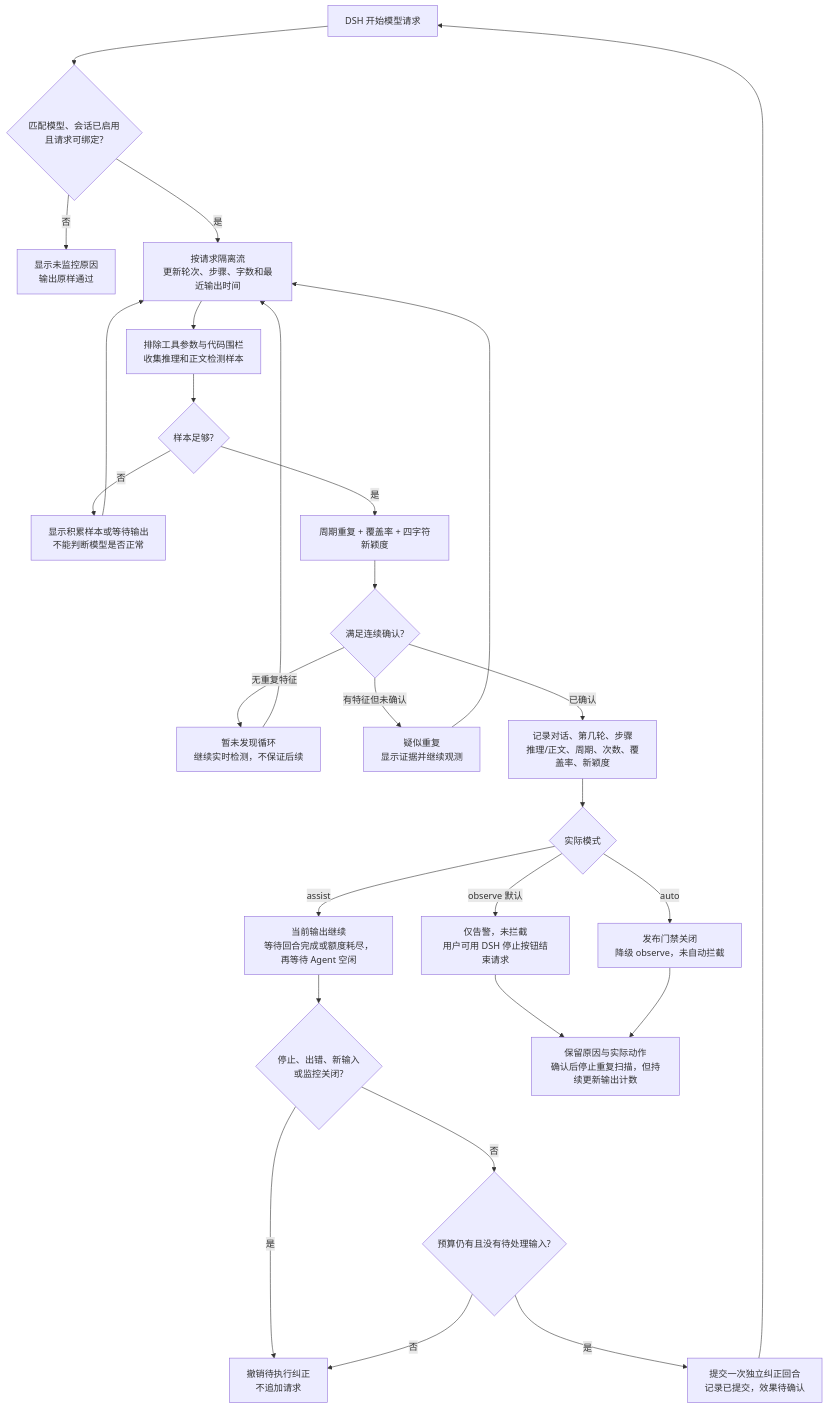
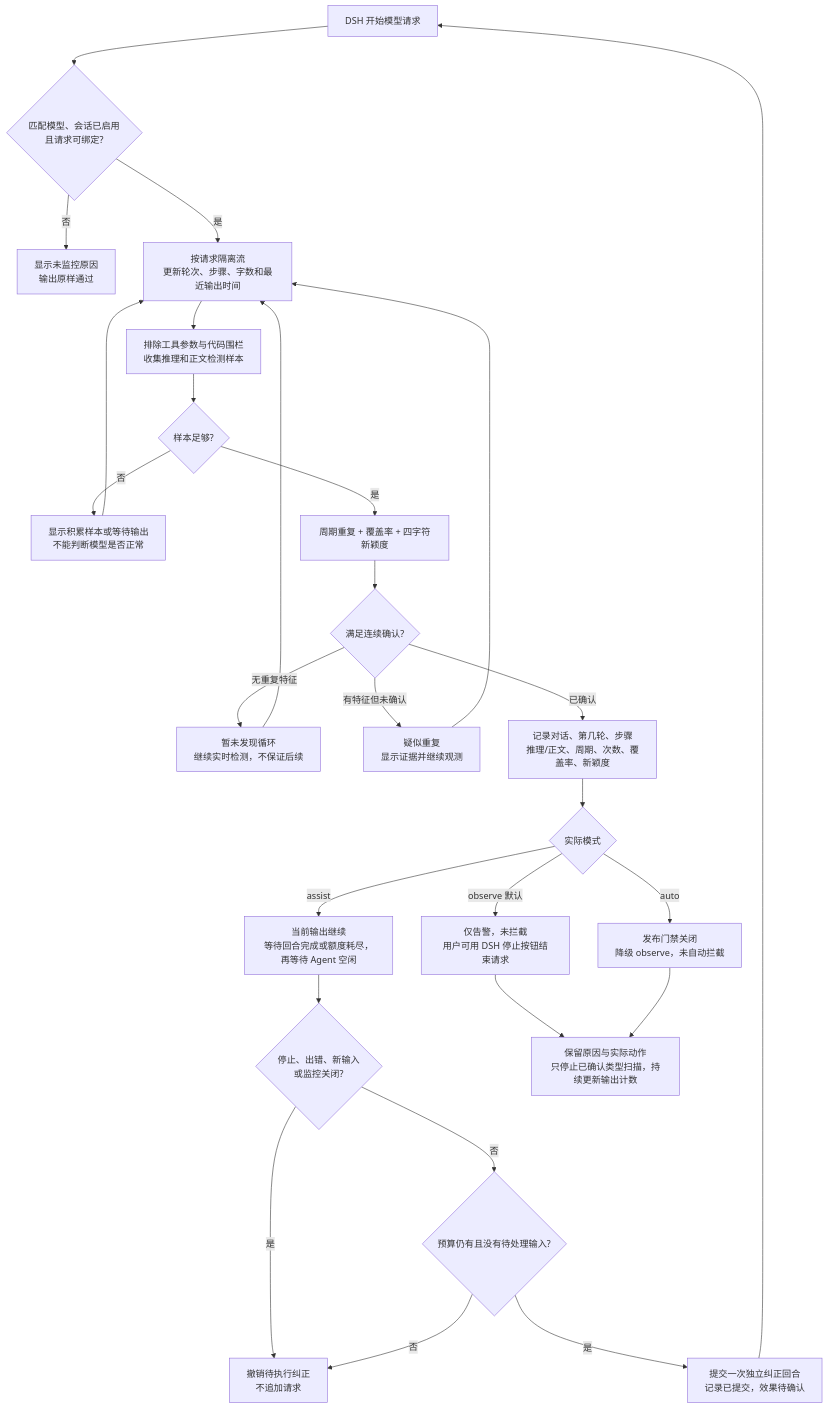
The second of 2 diagrams in README.md (MyRemme/dsh-flash-stabilizer), drawn with Mermaid before and after one commit. The commit also changed other lines of this file and 17 other files, not shown here.

````diff
--- a/README.md
+++ b/README.md
@@ -57,29 +70,29 @@
 ```mermaid
 flowchart TD
     A[DSH 开始模型请求] --> B{匹配模型、会话已启用<br/>且请求可绑定?}
     B -->|否| C[显示未监控原因<br/>输出原样通过]
     B -->|是| D[按请求隔离流<br/>更新轮次、步骤、字数和最近输出时间]
     D --> E[排除工具参数与代码围栏<br/>收集推理和正文检测样本]
     E --> F{样本足够?}
     F -->|否| G[显示积累样本或等待输出<br/>不能判断模型是否正常]
     G --> D
     F -->|是| H[周期重复 + 覆盖率 + 四字符新颖度]
     H --> I{满足连续确认?}
     I -->|无重复特征| J[暂未发现循环<br/>继续实时检测，不保证后续]
     I -->|有特征但未确认| K[疑似重复<br/>显示证据并继续观测]
     J --> D
     K --> D
     I -->|已确认| L[记录对话、第几轮、步骤<br/>推理/正文、周期、次数、覆盖率、新颖度]
     L --> M{实际模式}
     M -->|observe 默认| N[仅告警，未拦截<br/>用户可用 DSH 停止按钮结束请求]
     M -->|assist| O[当前输出继续<br/>等待回合完成或额度耗尽，再等待 Agent 空闲]
     M -->|auto| P[发布门禁关闭<br/>降级 observe，未自动拦截]
     O --> Q{停止、出错、新输入<br/>或监控关闭?}
     Q -->|是| R[撤销待执行纠正<br/>不追加请求]
     Q -->|否| S{预算仍有且没有待处理输入?}
     S -->|否| R
     S -->|是| T[提交一次独立纠正回合<br/>记录已提交，效果待确认]
     T --> A
-    N --> U[保留原因与实际动作<br/>确认后停止重复扫描，但持续更新输出计数]
+    N --> U[保留原因与实际动作<br/>只停止已确认类型扫描，持续更新输出计数]
     P --> U
 ```
````
